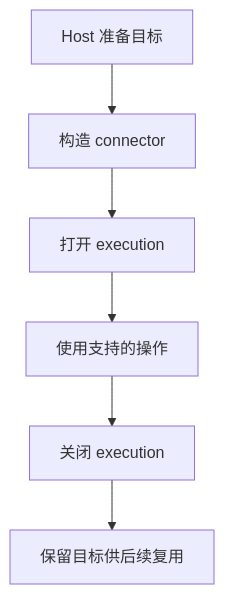
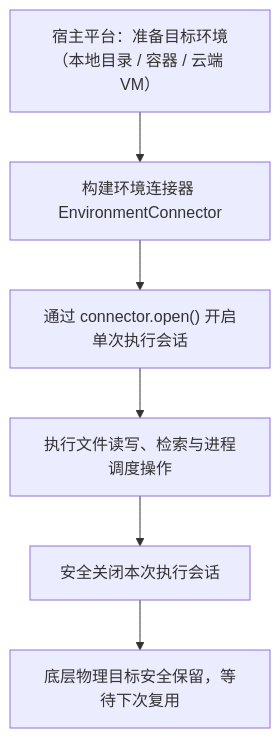
One commit to converge-ai-labs/agent-foundation changed the diagram in docs/environments/index.zh-CN.md. Above: the diagram before and after it, drawn with Mermaid. The commit also changed other lines of this file and 39 other files, not shown here.

````diff
--- a/docs/environments/index.zh-CN.md
+++ b/docs/environments/index.zh-CN.md
@@ -56,11 +49,12 @@
 ```mermaid
 flowchart TB
-    Host[Host 准备目标] --> Connector[构造 connector]
-    Connector --> Execution[打开 execution]
-    Execution --> Operations[使用支持的操作]
-    Operations --> Close[关闭 execution]
-    Close --> Target[保留目标供后续复用]
+    Host["宿主平台：准备目标环境（本地目录 / 容器 / 云端 VM）"] --> Connector["构建环境连接器 EnvironmentConnector"]
+    Connector --> Exec["通过 connector.open() 开启单次执行会话"]
+    Exec --> Ops["执行文件读写、检索与进程调度操作"]
+    Ops --> Close["安全关闭本次执行会话"]
+    Close --> Target["底层物理目标安全保留，等待下次复用"]
+
     class Host app
-    class Connector,Execution,Operations,Close a13n
+    class Connector,Exec,Ops,Close a13n
     class Target store
 ```
````
